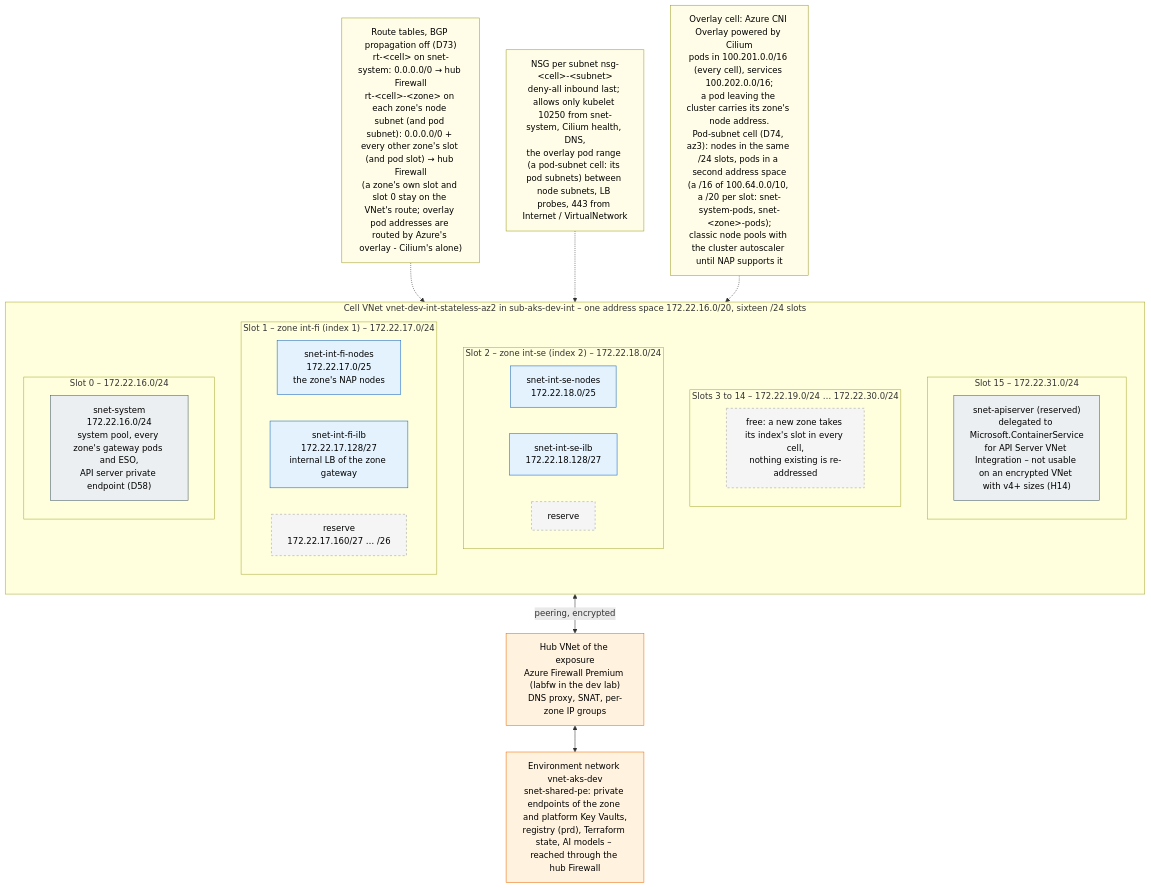
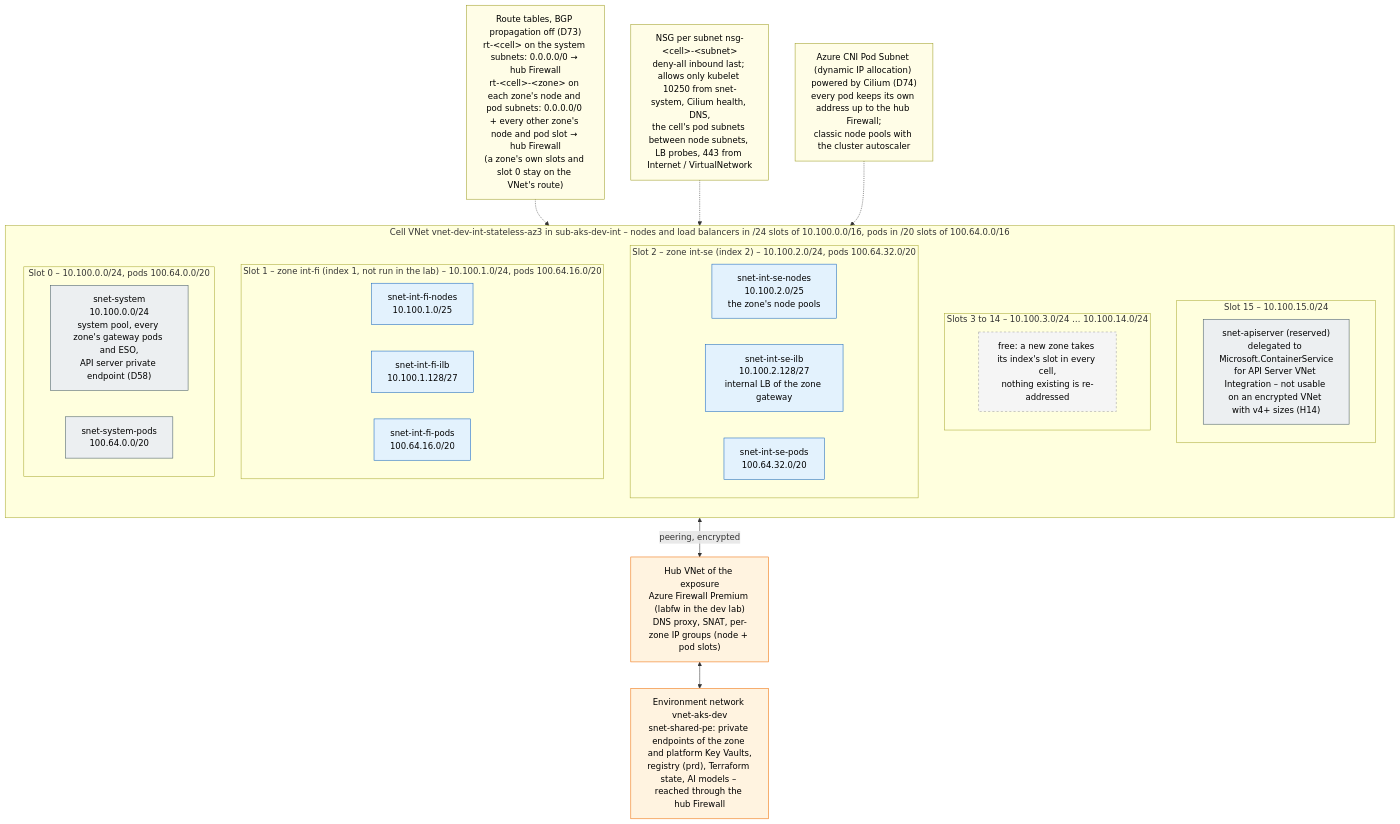
One commit to onek8s/onek8s.github.io changed the diagram in diagrams/2.1-network-subnets.mmd. Above: the diagram before and after it, drawn with Mermaid. The commit also changed 56 other files, not shown here.

First line of the commit message:
Design v2.0: one cell network (pod subnet), no AKS Automatic, one lab cell (#97)

```diff
--- a/diagrams/2.1-network-subnets.mmd
+++ b/diagrams/2.1-network-subnets.mmd
@@ -1,61 +1,61 @@
-%% Subnet layout of an AKS spoke VNet, here an internal overlay cell with the dev lab's addressing (172.22.16.0/20).
-%% One address space per cell, cut into sixteen equal slots: slot 0 the system subnet, slots 1-14 the isolation
-%% zones by their index (the same index in every cell of the exposure), slot 15 reserved for the delegated API
-%% server subnet of VNet integration (H14). In a zone's slot the first half is the node subnet and the fifth eighth
-%% the load balancer subnet; the rest is reserve (address plan, section 3.1). A pod-subnet cell (D74, the lab's az3
-%% since 2026-10-18) has the same slots for nodes and load balancers plus a second address space for pods, a /16 of
-%% 100.64.0.0/10 with a /20 per slot index (snet-system-pods, snet-<zone>-pods). Private endpoints are not in the cells (snet-shared-pe).
-%% Internal and external are separate clusters and subscriptions (D52): an external cell's VNet is the same layout
-%% with ext-fi / ext-se in its slots and public load balancers for its zone gateways. Since D73 (2026-10-18) a zone's node
-%% subnet routes every other zone's slot to the hub Firewall, so zone-to-zone traffic that carries node addresses is denied
-%% and logged there; the system subnet keeps the default route alone.
+%% Subnet layout of an AKS spoke VNet, here the dev lab's internal cell az3 (10.100.0.0/16, pods 100.64.0.0/16).
+%% Nodes and load balancers: one address space per cell in sixteen equal slots - slot 0 the system subnet, slots 1-14 the
+%% isolation zones by their index (the same index in every cell of the exposure), slot 15 reserved for the delegated API
+%% server subnet of VNet integration (H14). In a zone's slot the first half is the node subnet and the fifth eighth the
+%% load balancer subnet; the rest is reserve (address plan, section 3.1). Pods (D74): a second address space, a /16 of
+%% 100.64.0.0/10 with a /20 per slot index (snet-system-pods, snet-<zone>-pods). Private endpoints are not in the cells
+%% (snet-shared-pe). Internal and external are separate clusters and subscriptions (D52): an external cell's VNet is the
+%% same layout with ext-fi / ext-se in its slots and public load balancers for its zone gateways. A zone's node and pod
+%% subnets route every other zone's node and pod slot to the hub Firewall (D73), so zone-to-zone traffic is denied and
+%% logged there; the system subnets keep the default route alone.
 flowchart TB
-    subgraph VNET["Cell VNet vnet-dev-int-stateless-az2 in sub-aks-dev-int – one address space 172.22.16.0/20, sixteen /24 slots"]
+    subgraph VNET["Cell VNet vnet-dev-int-stateless-az3 in sub-aks-dev-int – nodes and load balancers in /24 slots of 10.100.0.0/16, pods in /20 slots of 100.64.0.0/16"]
         direction TB
-        subgraph S15["Slot 15 – 172.22.31.0/24"]
+        subgraph S15["Slot 15 – 10.100.15.0/24"]
             direction LR
             api["snet-apiserver (reserved)<br/>delegated to Microsoft.ContainerService<br/>for API Server VNet Integration – not usable on an encrypted VNet with v4+ sizes (H14)"]
         end
-        subgraph SF["Slots 3 to 14 – 172.22.19.0/24 … 172.22.30.0/24"]
+        subgraph SF["Slots 3 to 14 – 10.100.3.0/24 … 10.100.14.0/24"]
             direction LR
             free["free: a new zone takes its index's slot in every cell,<br/>nothing existing is re-addressed"]
         end
-        subgraph S2["Slot 2 – zone int-se (index 2) – 172.22.18.0/24"]
+        subgraph S2["Slot 2 – zone int-se (index 2) – 10.100.2.0/24, pods 100.64.32.0/20"]
             direction LR
-            ise_n["snet-int-se-nodes<br/>172.22.18.0/25"]
-            ise_i["snet-int-se-ilb<br/>172.22.18.128/27"]
-            ise_r["reserve"]
+            ise_n["snet-int-se-nodes<br/>10.100.2.0/25<br/>the zone's node pools"]
+            ise_i["snet-int-se-ilb<br/>10.100.2.128/27<br/>internal LB of the zone gateway"]
+            ise_p["snet-int-se-pods<br/>100.64.32.0/20"]
         end
-        subgraph S1["Slot 1 – zone int-fi (index 1) – 172.22.17.0/24"]
+        subgraph S1["Slot 1 – zone int-fi (index 1, not run in the lab) – 10.100.1.0/24, pods 100.64.16.0/20"]
             direction LR
-            ifi_n["snet-int-fi-nodes<br/>172.22.17.0/25<br/>the zone's NAP nodes"]
-            ifi_i["snet-int-fi-ilb<br/>172.22.17.128/27<br/>internal LB of the zone gateway"]
-            ifi_r["reserve<br/>172.22.17.160/27 … /26"]
+            ifi_n["snet-int-fi-nodes<br/>10.100.1.0/25"]
+            ifi_i["snet-int-fi-ilb<br/>10.100.1.128/27"]
+            ifi_p["snet-int-fi-pods<br/>100.64.16.0/20"]
         end
-        subgraph S0["Slot 0 – 172.22.16.0/24"]
+        subgraph S0["Slot 0 – 10.100.0.0/24, pods 100.64.0.0/20"]
             direction LR
-            sys["snet-system<br/>172.22.16.0/24<br/>system pool, every zone's gateway pods and ESO,<br/>API server private endpoint (D58)"]
+            sys["snet-system<br/>10.100.0.0/24<br/>system pool, every zone's gateway pods and ESO,<br/>API server private endpoint (D58)"]
+            sys_p["snet-system-pods<br/>100.64.0.0/20"]
         end
     end
 
     shared["Environment network vnet-aks-dev<br/>snet-shared-pe: private endpoints of the zone and platform Key Vaults,<br/>registry (prd), Terraform state, AI models – reached through the hub Firewall"]
-    hub["Hub VNet of the exposure<br/>Azure Firewall Premium (labfw in the dev lab)<br/>DNS proxy, SNAT, per-zone IP groups"]
-    rt["Route tables, BGP propagation off (D73)<br/>rt-&lt;cell&gt; on snet-system: 0.0.0.0/0 → hub Firewall<br/>rt-&lt;cell&gt;-&lt;zone&gt; on each zone's node subnet (and pod subnet): 0.0.0.0/0 + every other zone's slot (and pod slot) → hub Firewall<br/>(a zone's own slot and slot 0 stay on the VNet's route; overlay pod addresses are routed by Azure's overlay - Cilium's alone)"]
-    nsg["NSG per subnet nsg-&lt;cell&gt;-&lt;subnet&gt;<br/>deny-all inbound last; allows only kubelet 10250 from snet-system, Cilium health, DNS,<br/>the overlay pod range (a pod-subnet cell: its pod subnets) between node subnets, LB probes, 443 from Internet / VirtualNetwork"]
-    cni["Overlay cell: Azure CNI Overlay powered by Cilium<br/>pods in 100.201.0.0/16 (every cell), services 100.202.0.0/16;<br/>a pod leaving the cluster carries its zone's node address.<br/>Pod-subnet cell (D74, az3): nodes in the same /24 slots, pods in a second address space<br/>(a /16 of 100.64.0.0/10, a /20 per slot: snet-system-pods, snet-&lt;zone&gt;-pods);<br/>classic node pools with the cluster autoscaler until NAP supports it"]
+    hub["Hub VNet of the exposure<br/>Azure Firewall Premium (labfw in the dev lab)<br/>DNS proxy, SNAT, per-zone IP groups (node + pod slots)"]
+    rt["Route tables, BGP propagation off (D73)<br/>rt-&lt;cell&gt; on the system subnets: 0.0.0.0/0 → hub Firewall<br/>rt-&lt;cell&gt;-&lt;zone&gt; on each zone's node and pod subnets: 0.0.0.0/0 + every other zone's node and pod slot → hub Firewall<br/>(a zone's own slots and slot 0 stay on the VNet's route)"]
+    nsg["NSG per subnet nsg-&lt;cell&gt;-&lt;subnet&gt;<br/>deny-all inbound last; allows only kubelet 10250 from snet-system, Cilium health, DNS,<br/>the cell's pod subnets between node subnets, LB probes, 443 from Internet / VirtualNetwork"]
+    cni["Azure CNI Pod Subnet (dynamic IP allocation) powered by Cilium (D74)<br/>every pod keeps its own address up to the hub Firewall;<br/>classic node pools with the cluster autoscaler"]
     rt -.-> VNET
     nsg -.-> VNET
     cni -.-> VNET
     VNET <-->|"peering, encrypted"| hub
     hub <--> shared
 
     classDef cp fill:#eceff1,stroke:#455a64,color:#000
     classDef int fill:#e3f2fd,stroke:#1565c0,color:#000
     classDef res fill:#f5f5f5,stroke:#9e9e9e,color:#000,stroke-dasharray: 4 4
     classDef note fill:#fffde7,stroke:#9e9d24,color:#000
     classDef ext fill:#fff3e0,stroke:#ef6c00,color:#000
-    class sys,api cp
-    class ifi_n,ifi_i,ise_n,ise_i int
-    class ifi_r,ise_r,free res
+    class sys,sys_p,api cp
+    class ifi_n,ifi_i,ifi_p,ise_n,ise_i,ise_p int
+    class free res
     class rt,nsg,cni note
     class shared,hub ext
```
